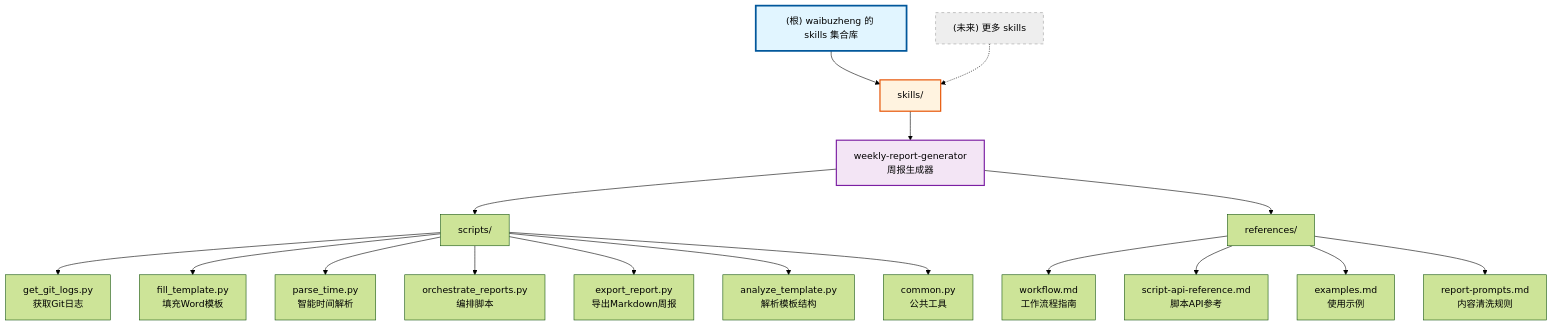
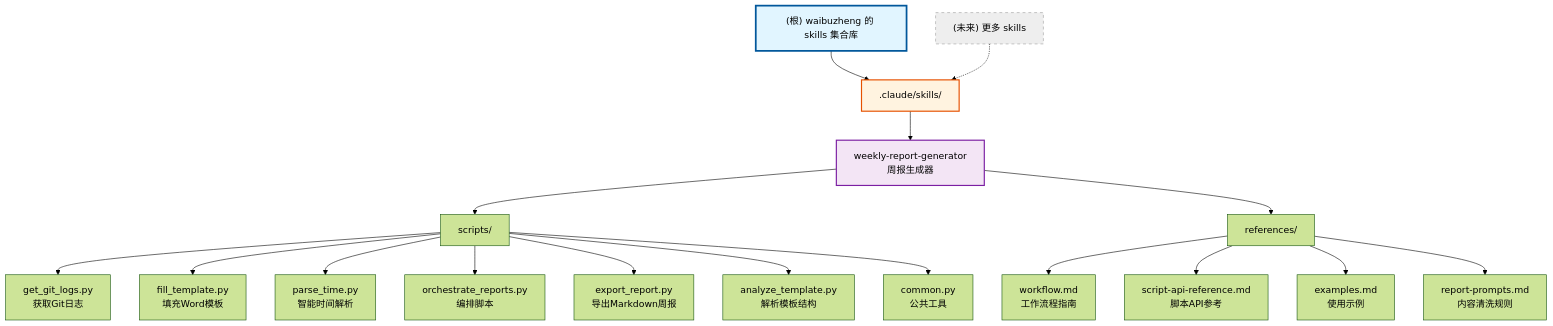
One commit to 782042369/waibuzheng-skills changed the diagram in CLAUDE.md. Above: the diagram before and after it, drawn with Mermaid (forest theme). The commit also changed other lines of this file and 16 other files, not shown here.

First line of the commit message:
♻️ refactor(weekly-report): 迁移周报生成器至 .claude/skills 目录

````diff
--- a/CLAUDE.md
+++ b/CLAUDE.md
@@ -24,32 +35,32 @@
 ```mermaid
 graph TD
-    A["(根) waibuzheng 的 skills 集合库"] --> B["skills/"];
+    A["(根) waibuzheng 的 skills 集合库"] --> B[".claude/skills/"];
     B --> C["weekly-report-generator<br/>周报生成器"];
 
     C --> D["scripts/"];
     C --> F["references/"];
 
     D --> D1["get_git_logs.py<br/>获取Git日志"];
     D --> D2["fill_template.py<br/>填充Word模板"];
     D --> D3["parse_time.py<br/>智能时间解析"];
     D --> D4["orchestrate_reports.py<br/>编排脚本"];
     D --> D5["export_report.py<br/>导出Markdown周报"];
     D --> D6["analyze_template.py<br/>解析模板结构"];
     D --> D7["common.py<br/>公共工具"];
 
     F --> F1["workflow.md<br/>工作流程指南"];
     F --> F2["script-api-reference.md<br/>脚本API参考"];
     F --> F3["examples.md<br/>使用示例"];
     F --> F4["report-prompts.md<br/>内容清洗规则"];
 
     G["(未来) 更多 skills"] -.-> B;
 
-    click C "./skills/weekly-report-generator/CLAUDE.md" "查看周报生成器文档"
-    click D "./skills/weekly-report-generator/scripts/" "查看脚本"
-    click F "./skills/weekly-report-generator/references/" "查看参考文档"
+    click C "./.claude/skills/weekly-report-generator/SKILL.md" "查看周报生成器文档"
+    click D "./.claude/skills/weekly-report-generator/scripts/" "查看脚本"
+    click F "./.claude/skills/weekly-report-generator/references/" "查看参考文档"
 
     style A fill:#e1f5ff,stroke:#01579b,stroke-width:3px
     style B fill:#fff3e0,stroke:#e65100,stroke-width:2px
     style C fill:#f3e5f5,stroke:#7b1fa2,stroke-width:2px
     style G fill:#eeeeee,stroke:#9e9e9e,stroke-dasharray: 5 5
 ```
````
